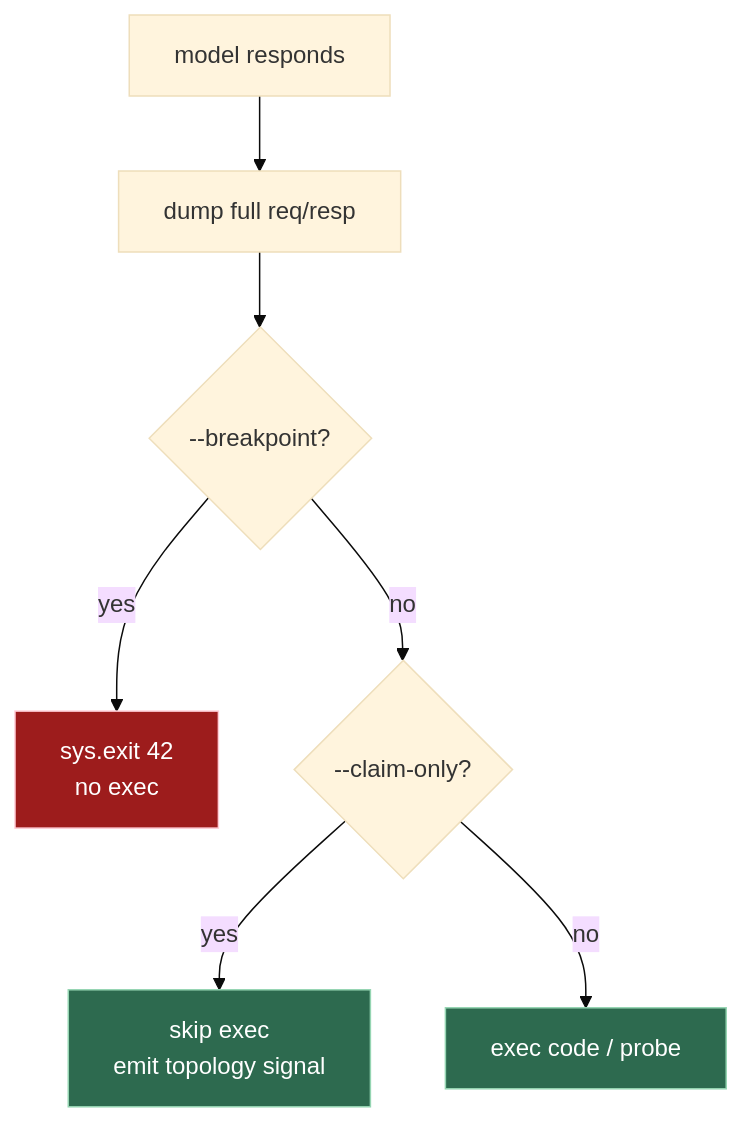
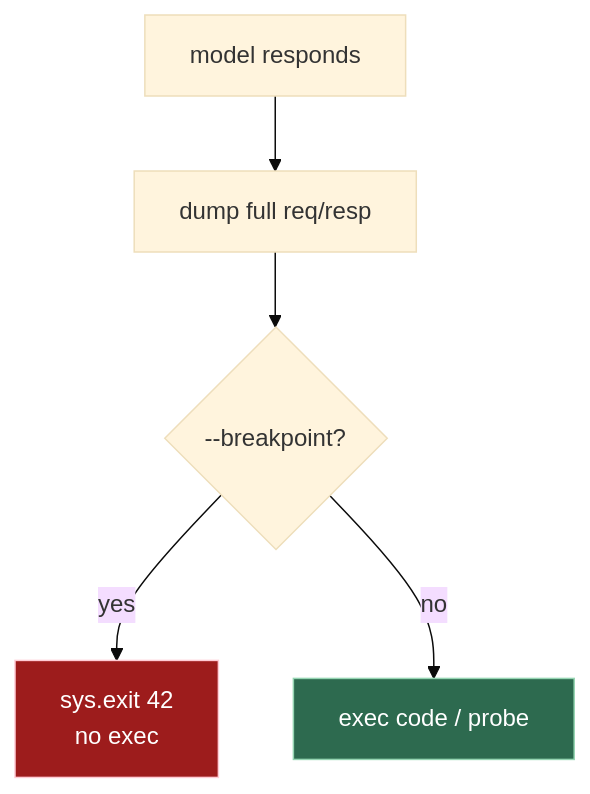
Before and after one commit to wgabrys88/endgame-ai: the eighth of 11 diagrams in README.md, drawn with Mermaid (base theme). The commit also changed other lines of this file and 3 other files, not shown here.

First line of the commit message:
Remove claim-only; guidance routes by seed structure

````diff
--- a/README.md
+++ b/README.md
@@ -921,14 +952,12 @@
 ```mermaid
 flowchart TD
     T["model responds"] --> D["dump full req/resp"]
     D --> B{"--breakpoint?"}
     B -- yes --> X["sys.exit 42<br/>no exec"]
-    B -- no --> C{"--claim-only?"}
-    C -- yes --> S["skip exec<br/>emit topology signal"]
-    C -- no --> E["exec code / probe"]
+    B -- no --> E["exec code / probe"]
 
     classDef stop fill:#9d1c1c,stroke:#ffccd5,color:#ffffff;
     classDef ok fill:#2d6a4f,stroke:#95d5b2,color:#ffffff;
     class X stop;
-    class E,S ok;
+    class E ok;
 ```
````
